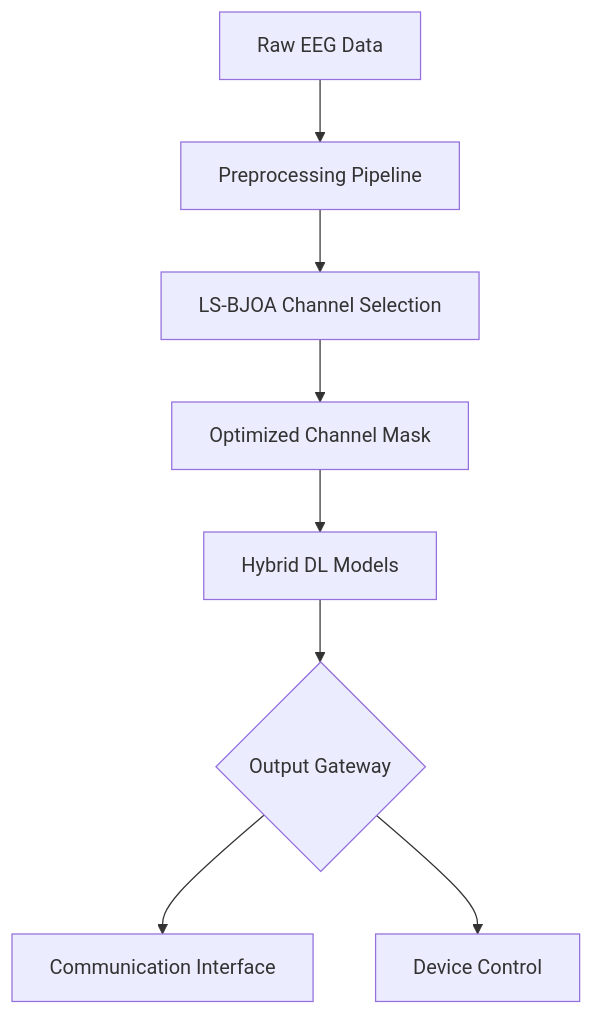
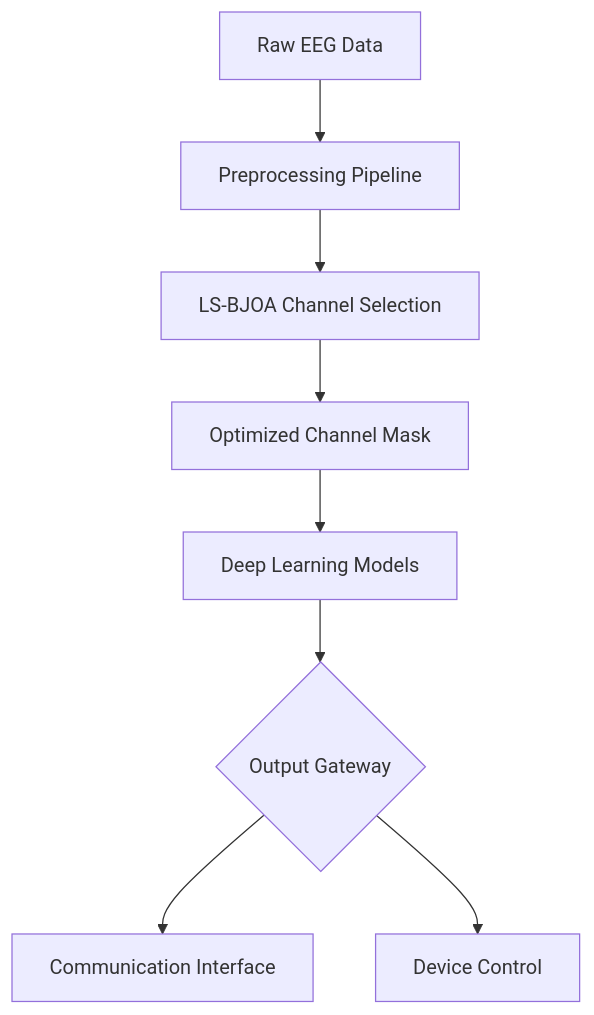
The diagram in README.md (KunalGupta28/Capstone_EEG), drawn with Mermaid before and after one commit. The commit also changed other lines of this file and 5 other files, not shown here.

Commit message:
feat: complete robust pipeline with GraphNet, new metrics, and paper-style CSV tables

````diff
--- a/README.md
+++ b/README.md
@@ -33,10 +33,10 @@
 ```mermaid
 graph TD
     A[Raw EEG Data] --> B[Preprocessing Pipeline]
     B --> C[LS-BJOA Channel Selection]
     C --> D[Optimized Channel Mask]
-    D --> E[Hybrid DL Models]
+    D --> E[Deep Learning Models]
     E --> F{Output Gateway}
     F --> G[Communication Interface]
     F --> H[Device Control]
 ```
````
